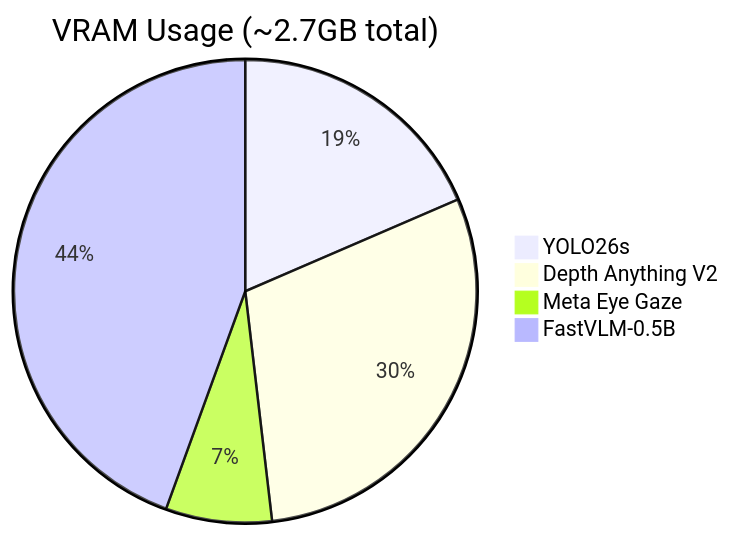
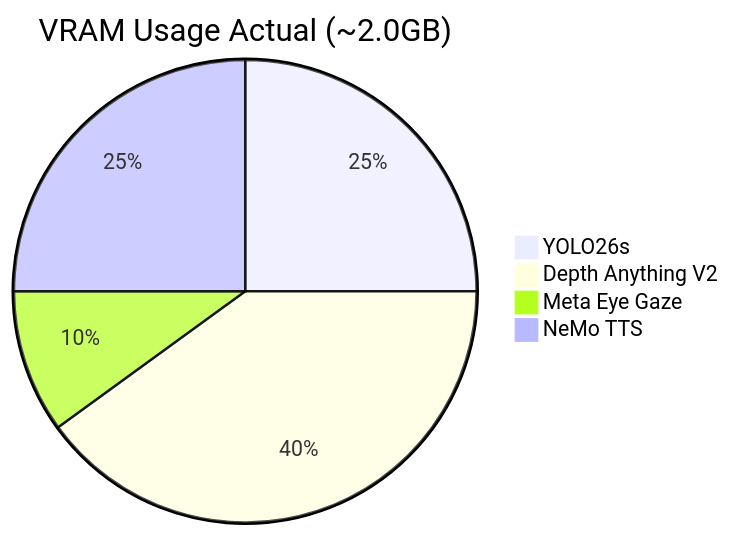
The sixth of 6 diagrams in docs/README.md (robertteleng/aria-demo), drawn with Mermaid before and after one commit. The commit also changed other lines of this file and 5 other files, not shown here.

````diff
--- a/docs/README.md
+++ b/docs/README.md
@@ -290,7 +347,7 @@
 ```mermaid
-pie title VRAM Usage (~2.7GB total)
+pie title VRAM Usage Actual (~2.0GB)
     "YOLO26s" : 0.5
     "Depth Anything V2" : 0.8
     "Meta Eye Gaze" : 0.2
-    "FastVLM-0.5B" : 1.2
+    "NeMo TTS" : 0.5
 ```
````
